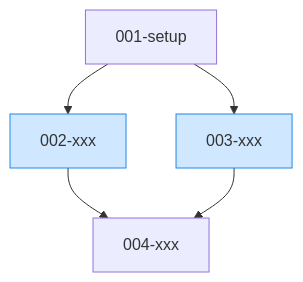
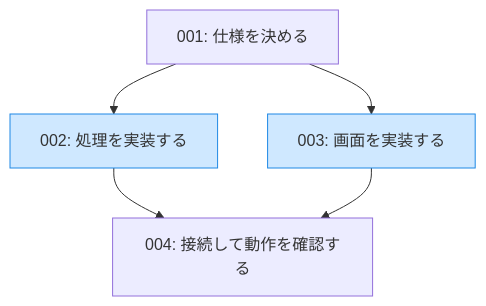
Before and after one commit to goldeneggg/dotfiles: the diagram in ai-linux/.claude/skills/task-starter/references/templates/roadmap-template.md, drawn with Mermaid. The commit also changed other lines of this file and 9 other files, not shown here.

````diff
--- a/ai-linux/.claude/skills/task-starter/references/templates/roadmap-template.md
+++ b/ai-linux/.claude/skills/task-starter/references/templates/roadmap-template.md
@@ -19,14 +17,9 @@
 ```mermaid
 graph TD
-  001[001-setup]
-  002[002-xxx]
-  003[003-xxx]
-  004[004-xxx]
-  001 --> 002
-  001 --> 003
-  002 --> 004
-  003 --> 004
-
+  A["001: 仕様を決める"] --> B["002: 処理を実装する"]
+  A --> C["003: 画面を実装する"]
+  B --> D["004: 接続して動作を確認する"]
+  C --> D
   classDef parallel fill:#cfe8ff,stroke:#1e88e5;
-  class 002,003 parallel;
+  class B,C parallel;
 ```
````
